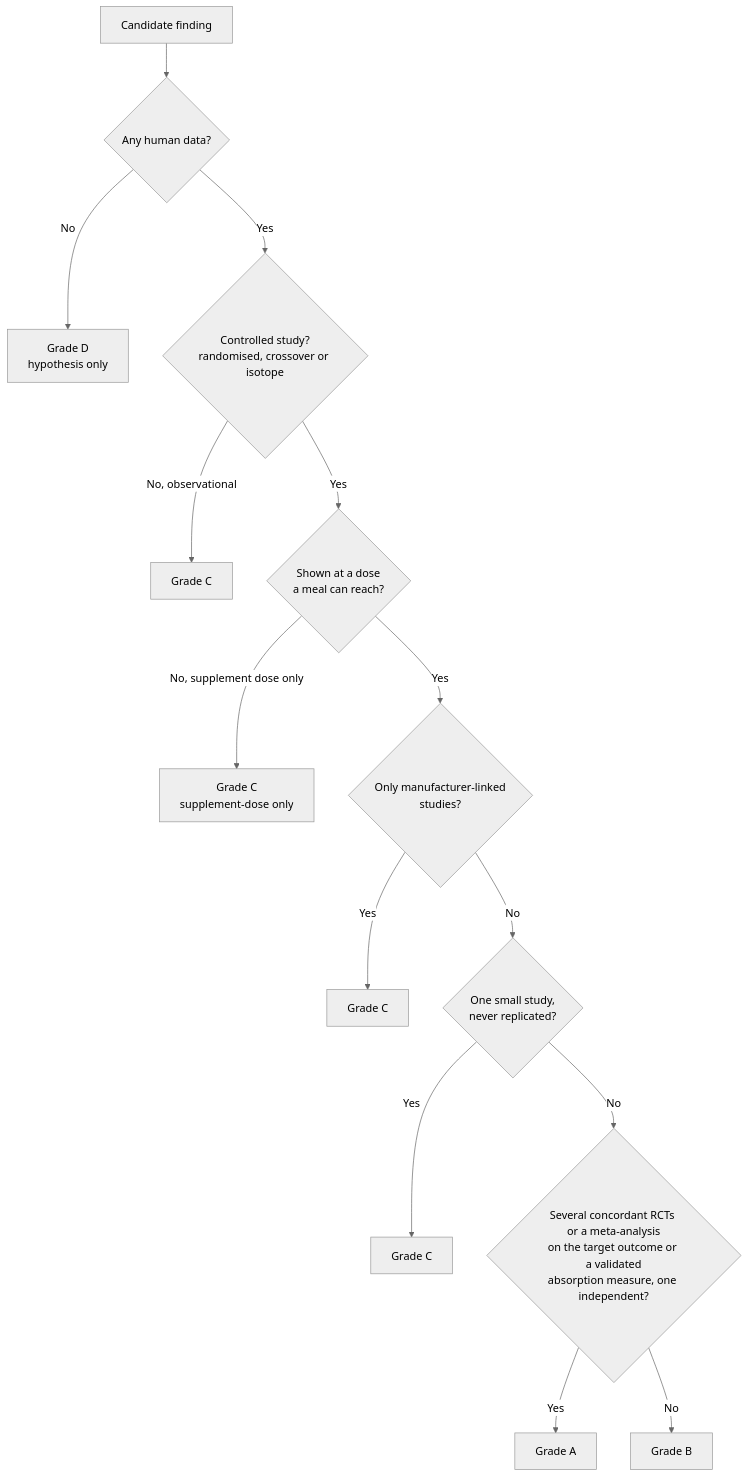
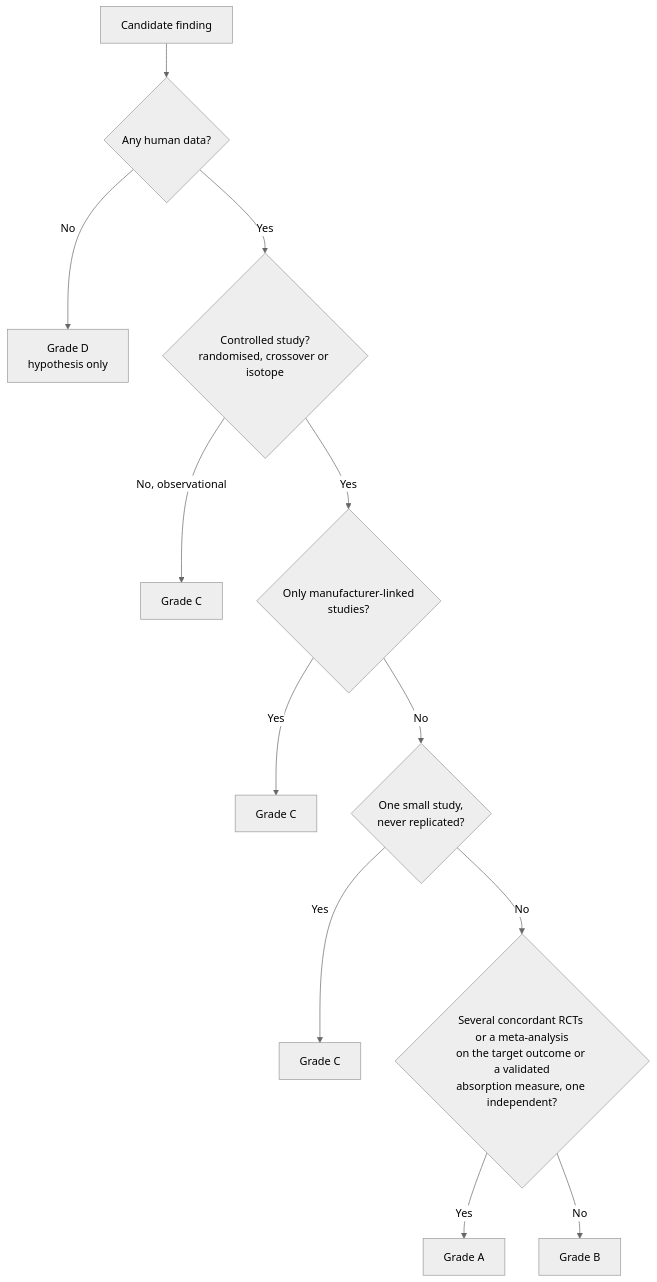
One commit to dev-nobytes-io/Grocy-Bioavaiability-and-Interactions-Reccomendation-Engine changed the first of 5 diagrams in docs/science/evidence-policy.md. Above: the diagram before and after it, drawn with Mermaid (neutral theme). The commit also changed other lines of this file and 18 other files, not shown here.

````diff
--- a/docs/science/evidence-policy.md
+++ b/docs/science/evidence-policy.md
@@ -20,16 +22,14 @@
 ```mermaid
 flowchart TD
   S["Candidate finding"] --> H{"Any human data?"}
   H -- No --> GD["Grade D<br/>hypothesis only"]
   H -- Yes --> K{"Controlled study?<br/>randomised, crossover or isotope"}
   K -- "No, observational" --> GC1["Grade C"]
-  K -- Yes --> DS{"Shown at a dose<br/>a meal can reach?"}
-  DS -- "No, supplement dose only" --> GC2["Grade C<br/>supplement-dose only"]
-  DS -- Yes --> MF{"Only manufacturer-linked<br/>studies?"}
+  K -- Yes --> MF{"Only manufacturer-linked<br/>studies?"}
   MF -- Yes --> GC3["Grade C"]
   MF -- No --> SM{"One small study,<br/>never replicated?"}
   SM -- Yes --> GC4["Grade C"]
   SM -- No --> MA{"Several concordant RCTs or a meta-analysis<br/>on the target outcome or a validated<br/>absorption measure, one independent?"}
   MA -- Yes --> GA["Grade A"]
   MA -- No --> GB["Grade B"]
 ```
````
